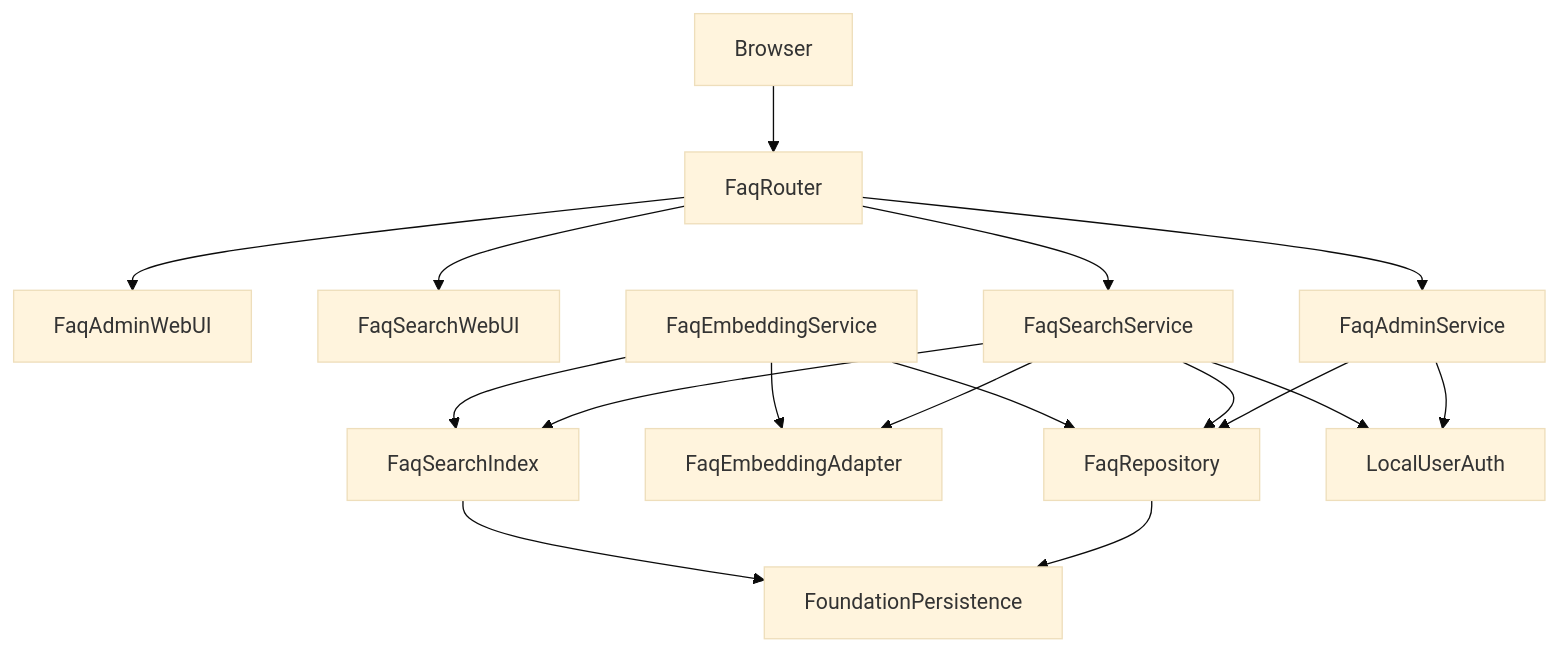
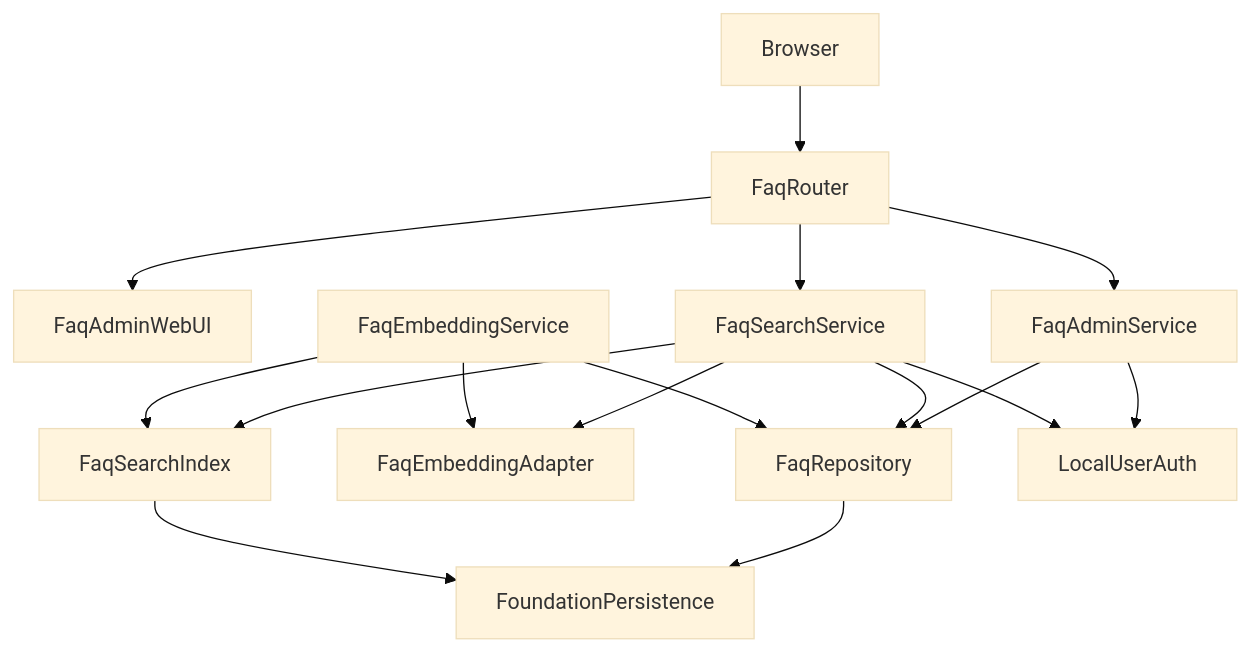
Before and after one commit to iwamuratakashi/cc-sdd-workshop-team7-helpo: the first of 4 diagrams in .kiro/specs/faq-management-and-search/design.md, drawn with Mermaid (base theme). The commit also changed other lines of this file and 3 other files, not shown here.

````diff
--- a/.kiro/specs/faq-management-and-search/design.md
+++ b/.kiro/specs/faq-management-and-search/design.md
@@ -58,19 +68,18 @@
 ```mermaid
 graph TB
     Browser --> FaqRouter
     FaqRouter --> FaqAdminWebUI
-    FaqRouter --> FaqSearchWebUI
     FaqRouter --> FaqAdminService
     FaqRouter --> FaqSearchService
     FaqAdminService --> FaqRepository
     FaqSearchService --> FaqEmbeddingAdapter
     FaqSearchService --> FaqSearchIndex
     FaqSearchService --> FaqRepository
     FaqEmbeddingService --> FaqEmbeddingAdapter
     FaqEmbeddingService --> FaqRepository
     FaqEmbeddingService --> FaqSearchIndex
     FaqRepository --> FoundationPersistence
     FaqSearchIndex --> FoundationPersistence
     FaqAdminService --> LocalUserAuth
     FaqSearchService --> LocalUserAuth
 ```
````
